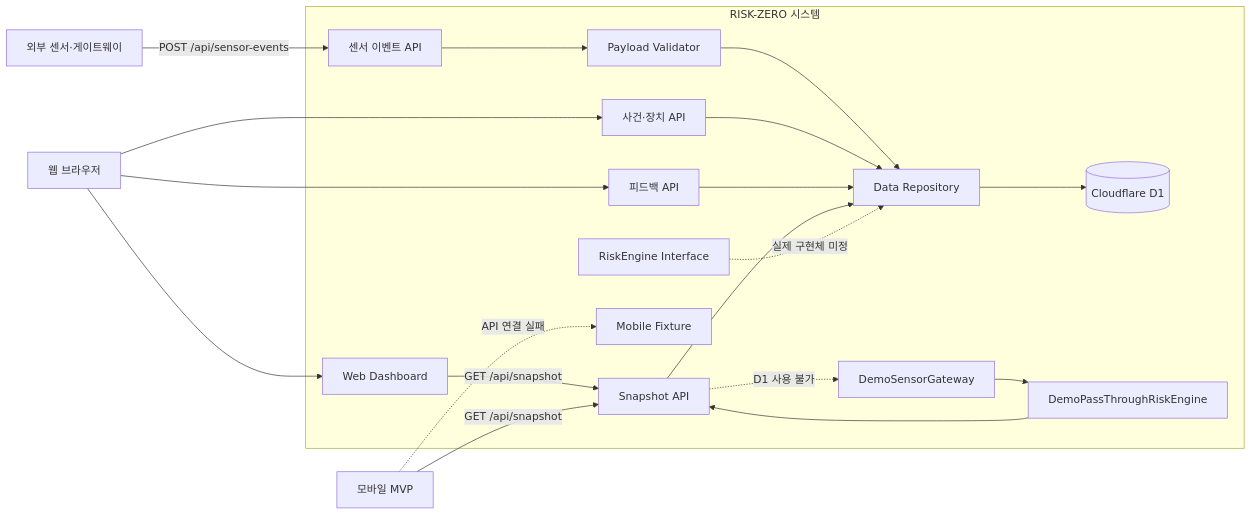
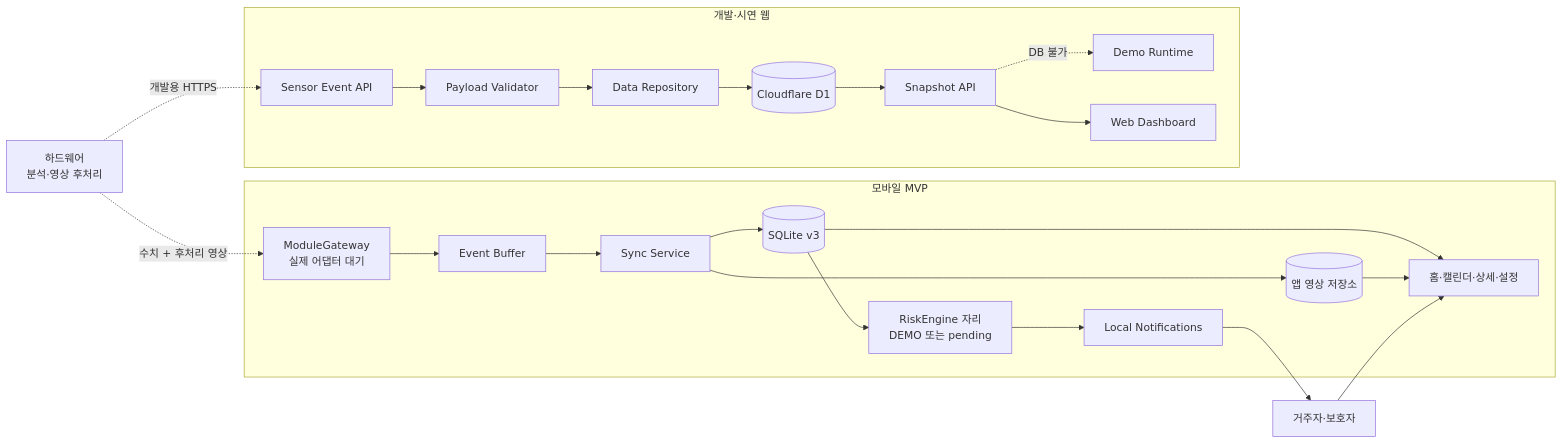
One commit to Uree1229/Risk-ZERO changed the diagram in docs/Diagram/02-component-diagram.md. Above: the diagram before and after it, drawn with Mermaid. The commit also changed other lines of this file and 35 other files, not shown here.

````diff
--- a/docs/Diagram/02-component-diagram.md
+++ b/docs/Diagram/02-component-diagram.md
@@ -9,46 +9,46 @@
 ```mermaid
 flowchart LR
-    Sensor["외부 센서·게이트웨이"]
-    Browser["웹 브라우저"]
-    Mobile["모바일 MVP"]
+    HW["하드웨어<br/>분석·영상 후처리"]
+    User["거주자·보호자"]
 
-    subgraph RiskZero["RISK-ZERO 시스템"]
-        SensorController["센서 이벤트 API"]
-        Validator["Payload Validator"]
-        IncidentController["사건·장치 API"]
-        FeedbackController["피드백 API"]
-        SnapshotController["Snapshot API"]
-
-        Repository["Data Repository"]
-        D1[("Cloudflare D1")]
-
-        DemoGateway["DemoSensorGateway"]
-        DemoEngine["DemoPassThroughRiskEngine"]
-        Dashboard["Web Dashboard"]
-        MobileFallback["Mobile Fixture"]
-        RiskInterface["RiskEngine Interface"]
+    subgraph Mobile["모바일 MVP"]
+        Gateway["ModuleGateway<br/>실제 어댑터 대기"]
+        Buffer["Event Buffer"]
+        Sync["Sync Service"]
+        Files[("앱 영상 저장소")]
+        SQLite[("SQLite v3")]
+        Risk["RiskEngine 자리<br/>DEMO 또는 pending"]
+        Alerts["Local Notifications"]
+        Views["홈·캘린더·상세·설정"]
     end
 
-    Sensor -->|"POST /api/sensor-events"| SensorController
-    SensorController --> Validator
-    Validator --> Repository
+    subgraph Web["개발·시연 웹"]
+        SensorAPI["Sensor Event API"]
+        Validator["Payload Validator"]
+        Repo["Data Repository"]
+        D1[("Cloudflare D1")]
+        Snapshot["Snapshot API"]
+        Demo["Demo Runtime"]
+        Dashboard["Web Dashboard"]
+    end
 
-    Browser --> Dashboard
-    Dashboard -->|"GET /api/snapshot"| SnapshotController
-    Mobile -->|"GET /api/snapshot"| SnapshotController
+    HW -. "수치 + 후처리 영상" .-> Gateway
+    Gateway --> Buffer
+    Buffer --> Sync
+    Sync --> Files
+    Sync --> SQLite
+    SQLite --> Risk
+    Risk --> Alerts
+    SQLite --> Views
+    Files --> Views
+    Alerts --> User
+    User --> Views
 
-    Browser --> IncidentController
-    Browser --> FeedbackController
-
-    IncidentController --> Repository
-    FeedbackController --> Repository
-    SnapshotController --> Repository
-    Repository --> D1
-
-    SnapshotController -. "D1 사용 불가" .-> DemoGateway
-    DemoGateway --> DemoEngine
-    DemoEngine --> SnapshotController
-
-    Mobile -. "API 연결 실패" .-> MobileFallback
-    RiskInterface -. "실제 구현체 미정" .-> Repository
+    HW -. "개발용 HTTPS" .-> SensorAPI
+    SensorAPI --> Validator
+    Validator --> Repo
+    Repo --> D1
+    D1 --> Snapshot
+    Snapshot -. "DB 불가" .-> Demo
+    Snapshot --> Dashboard
 ```
````
